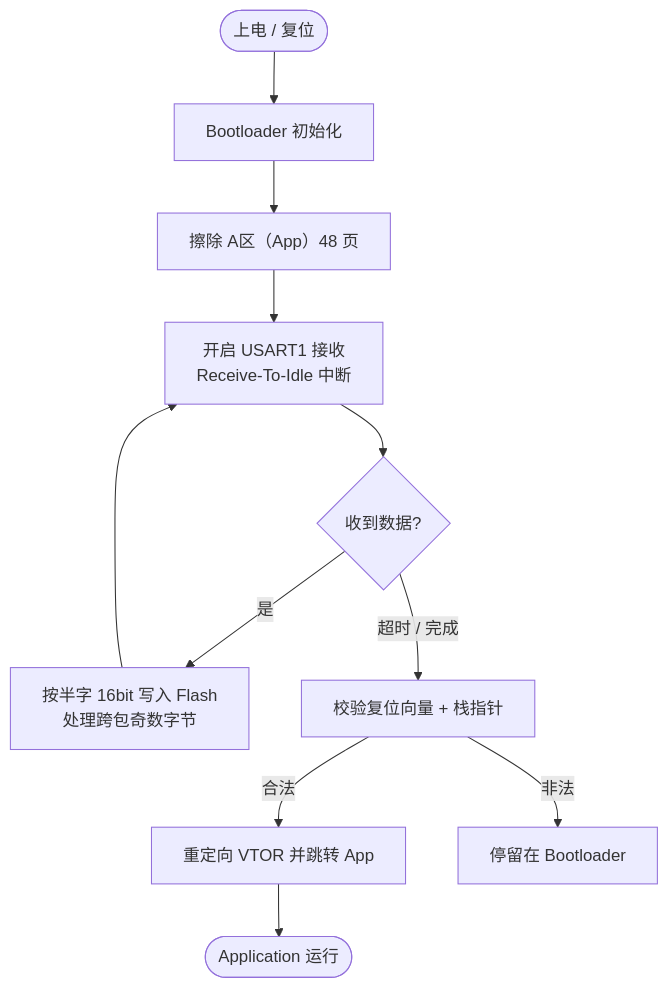
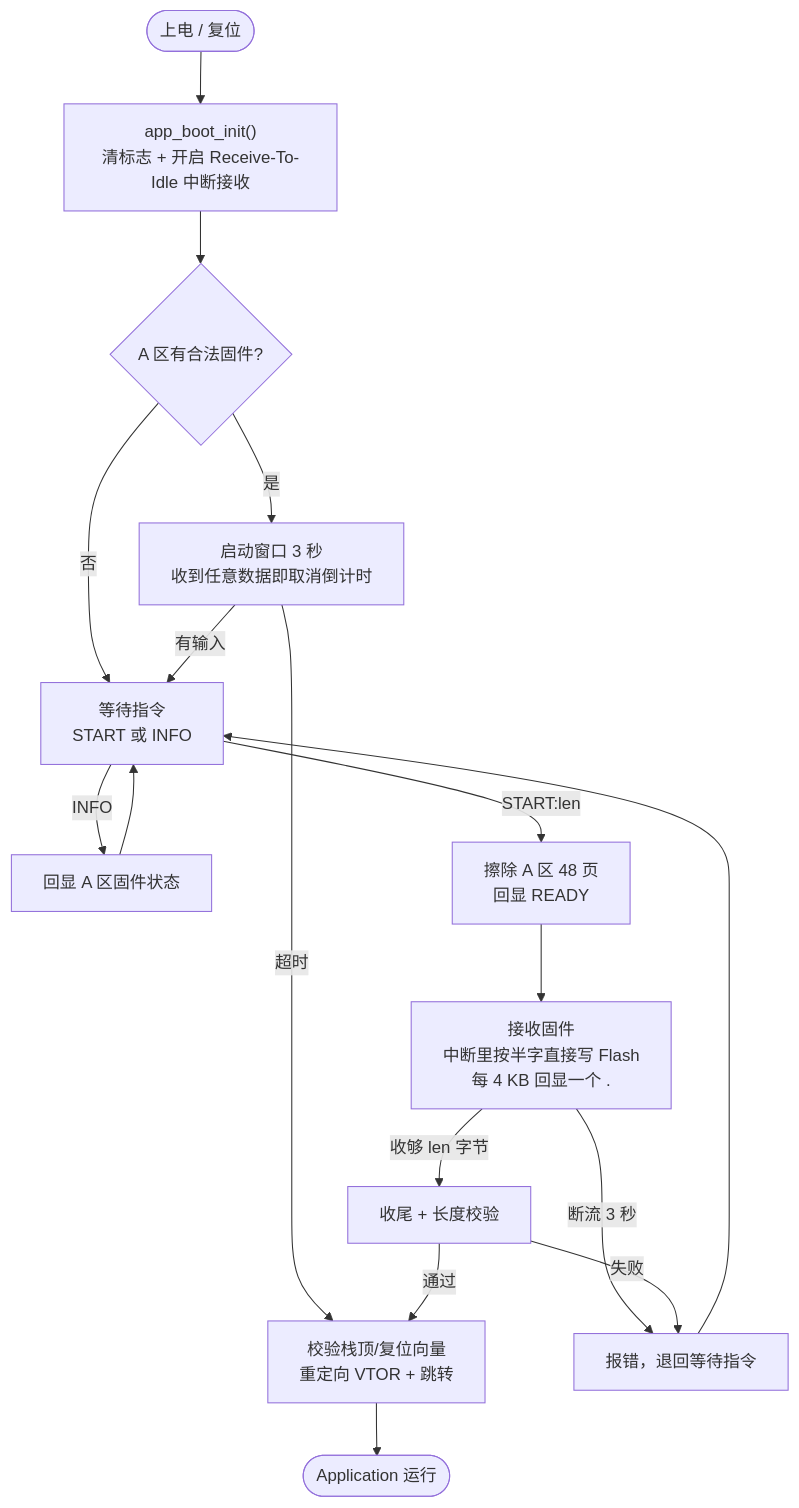
One commit to bainert/uart-ota-bootloader changed the second of 2 diagrams in README.md. Above: the diagram before and after it, drawn with Mermaid. The commit also changed other lines of this file, not shown here.

First line of the commit message:
docs: 更新 README 至最新实现（指令协议 / 启动窗口 / 分层架构）

````diff
--- a/README.md
+++ b/README.md
@@ -76,13 +77,18 @@
 ```mermaid
 flowchart TD
-    Start([上电 / 复位]) --> Init[Bootloader 初始化]
-    Init --> Erase[擦除 A区（App）48 页]
-    Erase --> RX[开启 USART1 接收<br/>Receive-To-Idle 中断]
-    RX --> Wait{收到数据?}
-    Wait -- 是 --> Write[按半字 16bit 写入 Flash<br/>处理跨包奇数字节]
-    Write --> RX
-    Wait -- 超时 / 完成 --> Validate[校验复位向量 + 栈指针]
-    Validate -- 合法 --> Jump[重定向 VTOR 并跳转 App]
-    Validate -- 非法 --> Stay[停留在 Bootloader]
-    Jump --> App([Application 运行])
+    Start(["上电 / 复位"]) --> Init["app_boot_init()<br/>清标志 + 开启 Receive-To-Idle 中断接收"]
+    Init --> Valid{"A 区有合法固件?"}
+    Valid -- "否" --> Wait
+    Valid -- "是" --> Window["启动窗口 3 秒<br/>收到任意数据即取消倒计时"]
+    Window -- "有输入" --> Wait
+    Window -- "超时" --> Jump
+    Wait["等待指令<br/>START 或 INFO"] -- "INFO" --> Info["回显 A 区固件状态"] --> Wait
+    Wait -- "START:len" --> Erase["擦除 A 区 48 页<br/>回显 READY"]
+    Erase --> Recv["接收固件<br/>中断里按半字直接写 Flash<br/>每 4 KB 回显一个 ."]
+    Recv -- "收够 len 字节" --> Check["收尾 + 长度校验"]
+    Recv -- "断流 3 秒" --> Fail["报错，退回等待指令"]
+    Check -- "通过" --> Jump["校验栈顶/复位向量<br/>重定向 VTOR + 跳转"]
+    Check -- "失败" --> Fail
+    Fail --> Wait
+    Jump --> App(["Application 运行"])
 ```
````
